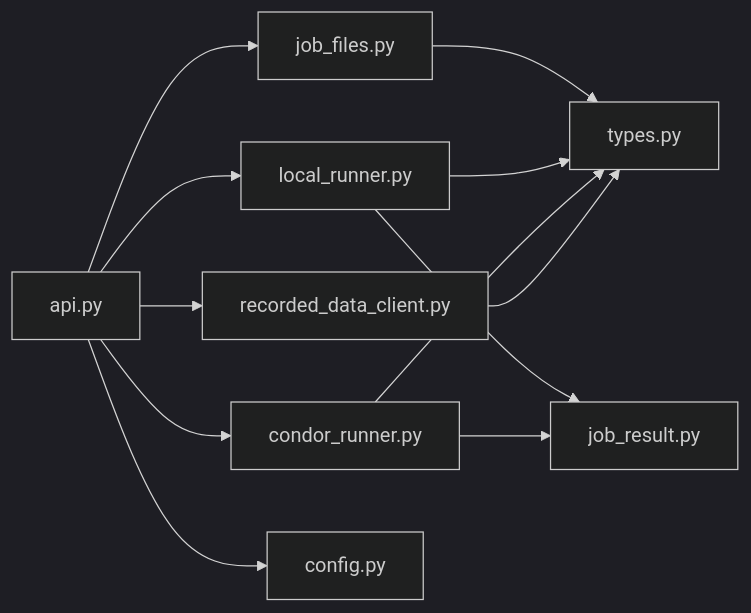
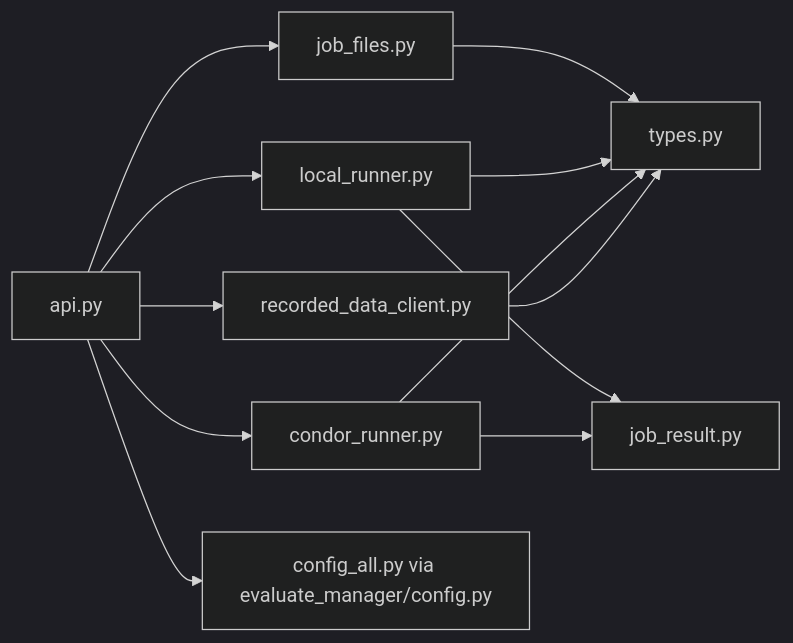
Before and after one commit to YS-Pan/yadof: the second of 5 diagrams in dev_doc/architecture/c4_component.md, drawn with Mermaid (dark theme). The commit also changed other lines of this file and 56 other files, not shown here.

````diff
--- a/dev_doc/architecture/c4_component.md
+++ b/dev_doc/architecture/c4_component.md
@@ -25,14 +25,14 @@
 ```mermaid
 flowchart LR
     EvalAPI["api.py"] --> JobFiles["job_files.py"]
     EvalAPI --> LocalRunner["local_runner.py"]
     EvalAPI --> CondorRunner["condor_runner.py"]
     EvalAPI --> RDClient["recorded_data_client.py"]
     LocalRunner --> JobResult["job_result.py"]
     CondorRunner --> JobResult
     JobFiles --> Types["types.py"]
     LocalRunner --> Types
     CondorRunner --> Types
     RDClient --> Types
-    EvalAPI --> EvalConfig["config.py"]
+    EvalAPI --> EvalConfig["config_all.py via evaluate_manager/config.py"]
 ```
````
